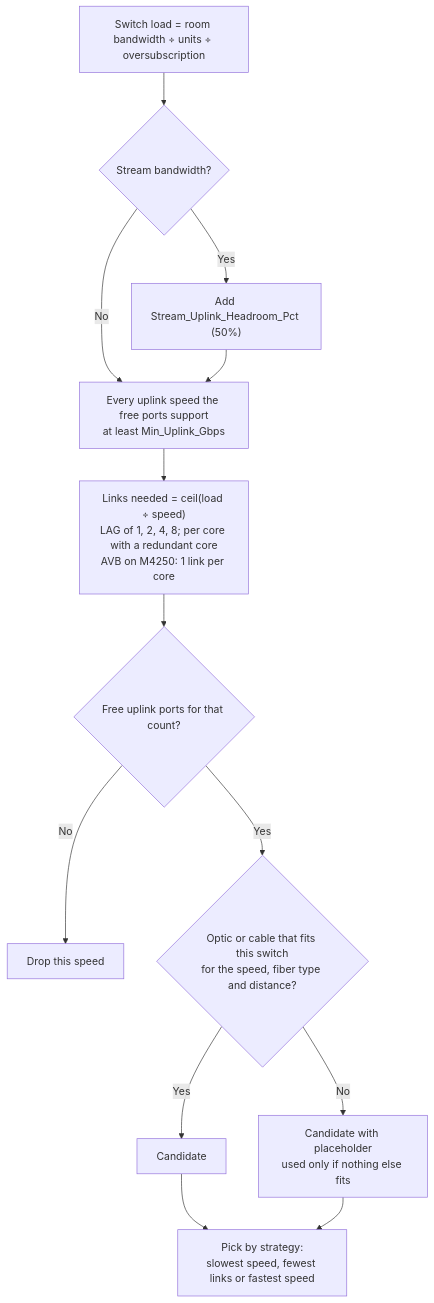
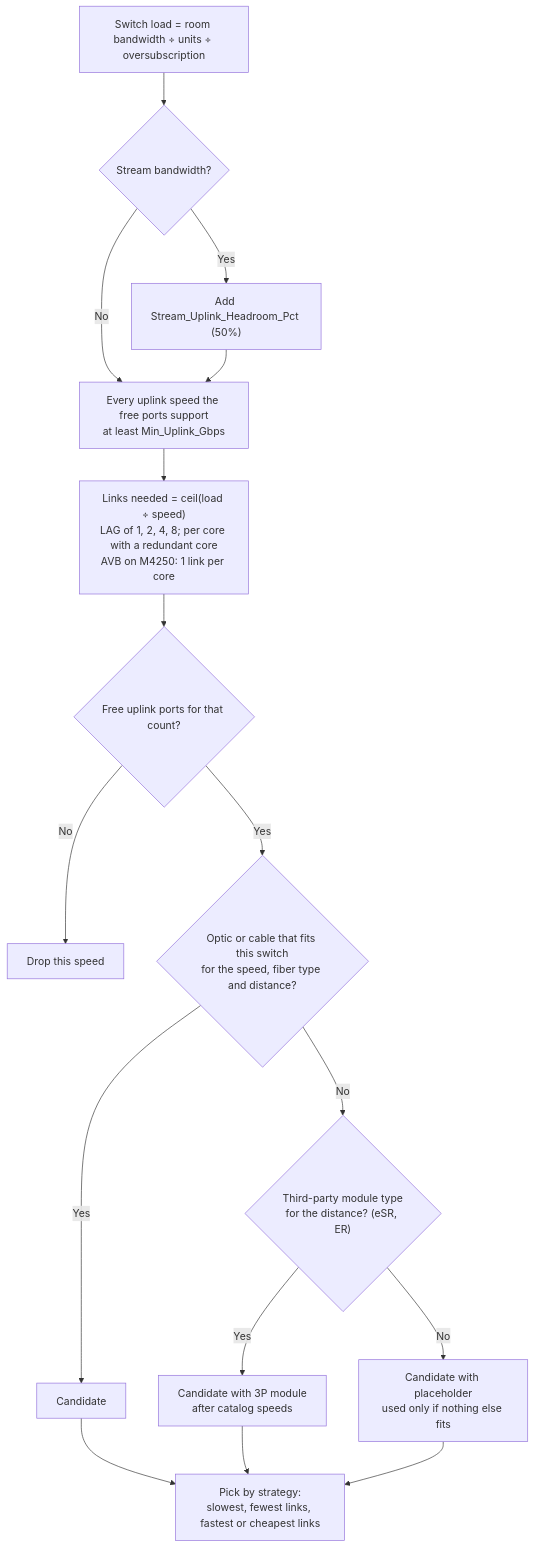
One commit to MichaelDNTGR/ntgr-bom-public changed the third of 5 diagrams in docs/design-logic.md. Above: the diagram before and after it, drawn with Mermaid. The commit also changed other lines of this file and 49 other files, not shown here.

First line of the commit message:
Best design first, third-party modules for long runs, and brands in the BoM

````diff
--- a/docs/design-logic.md
+++ b/docs/design-logic.md
@@ -75,15 +77,18 @@
 ```mermaid
 flowchart TD
     A["Switch load = room bandwidth ÷ units ÷ oversubscription"] --> A2{"Stream bandwidth?"}
     A2 -- Yes --> A3["Add Stream_Uplink_Headroom_Pct (50%)"]
     A2 -- No --> B
     A3 --> B["Every uplink speed the free ports support<br/>at least Min_Uplink_Gbps"]
     B --> C["Links needed = ceil(load ÷ speed)<br/>LAG of 1, 2, 4, 8; per core with a redundant core<br/>AVB on M4250: 1 link per core"]
     C --> G{"Free uplink ports for that count?"}
     G -- No --> Z["Drop this speed"]
     G -- Yes --> H{"Optic or cable that fits this switch<br/>for the speed, fiber type and distance?"}
     H -- Yes --> OK["Candidate"]
-    H -- No --> T["Candidate with placeholder<br/>used only if nothing else fits"]
-    OK --> S["Pick by strategy:<br/>slowest speed, fewest links or fastest speed"]
+    H -- No --> TQ{"Third-party module type<br/>for the distance? (eSR, ER)"}
+    TQ -- Yes --> T2["Candidate with 3P module<br/>after catalog speeds"]
+    TQ -- No --> T["Candidate with placeholder<br/>used only if nothing else fits"]
+    OK --> S["Pick by strategy:<br/>slowest, fewest links, fastest or cheapest links"]
+    T2 --> S
     T --> S
 ```
````
